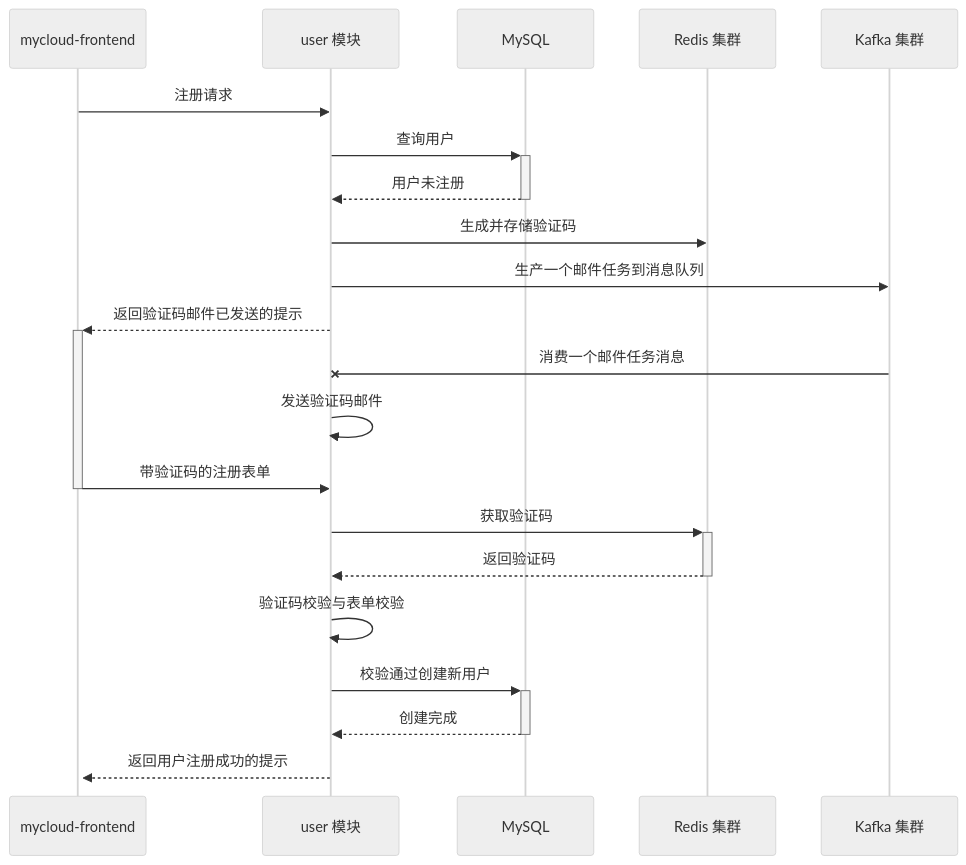
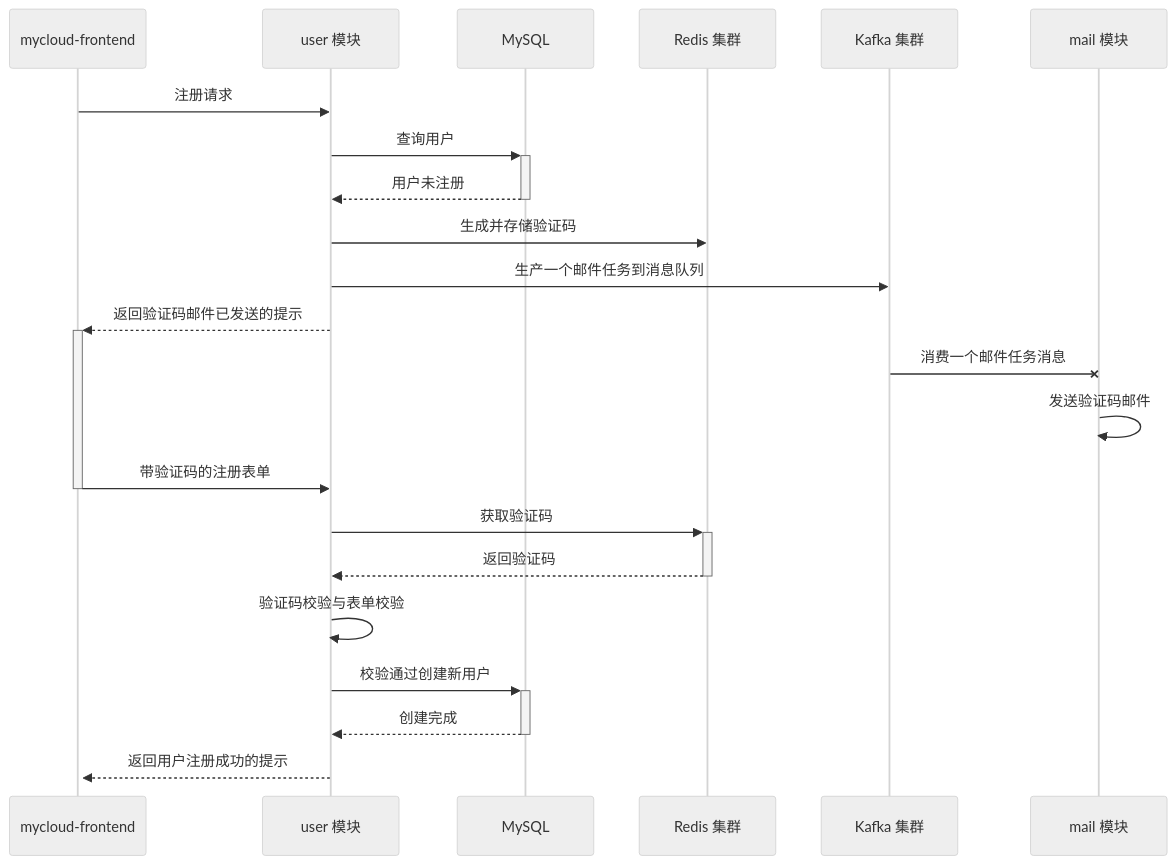
The diagram in user/README.md (lookoutldz/mycloud), drawn with Mermaid (neutral theme) before and after one commit. The commit also changed other lines of this file, not shown here.

Commit message:
更新 User 模块的 README.md

````diff
--- a/user/README.md
+++ b/user/README.md
@@ -11,20 +11,20 @@
 ```mermaid
 sequenceDiagram
 mycloud-frontend ->> user 模块 : 注册请求
 user 模块 ->> + MySQL : 查询用户
 MySQL -->> - user 模块 : 用户未注册
 user 模块 ->> Redis 集群 : 生成并存储验证码
 user 模块 ->> Kafka 集群 : 生产一个邮件任务到消息队列
 user 模块 -->> + mycloud-frontend : 返回验证码邮件已发送的提示
 
-Kafka 集群 -x user 模块 : 消费一个邮件任务消息
-user 模块 ->> user 模块 : 发送验证码邮件
+Kafka 集群 -x mail 模块 : 消费一个邮件任务消息
+mail 模块 ->> mail 模块 : 发送验证码邮件
 
 mycloud-frontend ->> - user 模块 : 带验证码的注册表单
 user 模块 ->> + Redis 集群 : 获取验证码
 Redis 集群 -->> - user 模块 : 返回验证码
 user 模块 ->> user 模块 : 验证码校验与表单校验
 user 模块 ->> + MySQL : 校验通过创建新用户
 MySQL -->> - user 模块 : 创建完成
 user 模块 -->> + mycloud-frontend : 返回用户注册成功的提示
 ```
````
